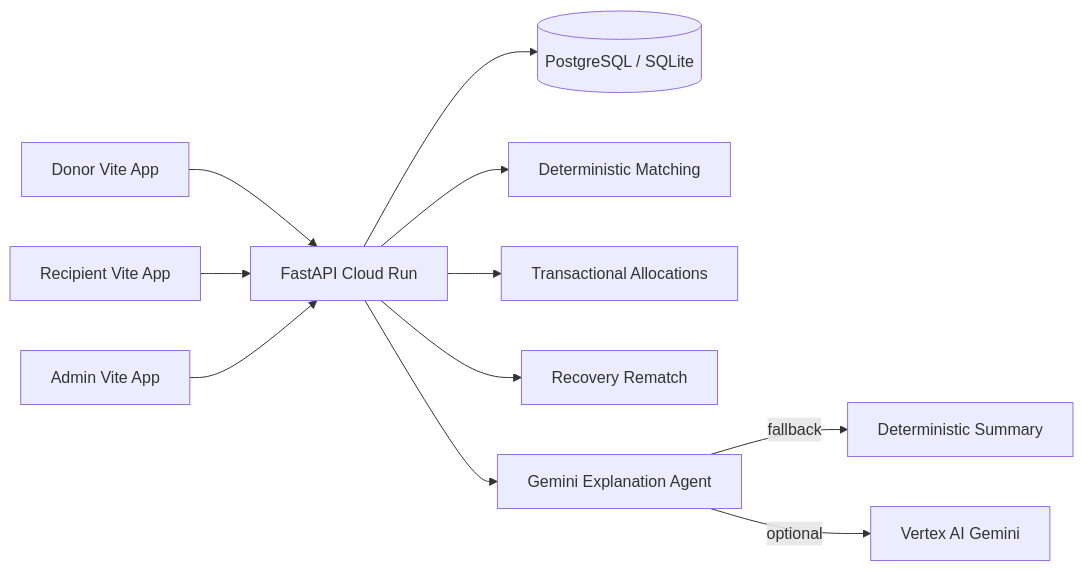
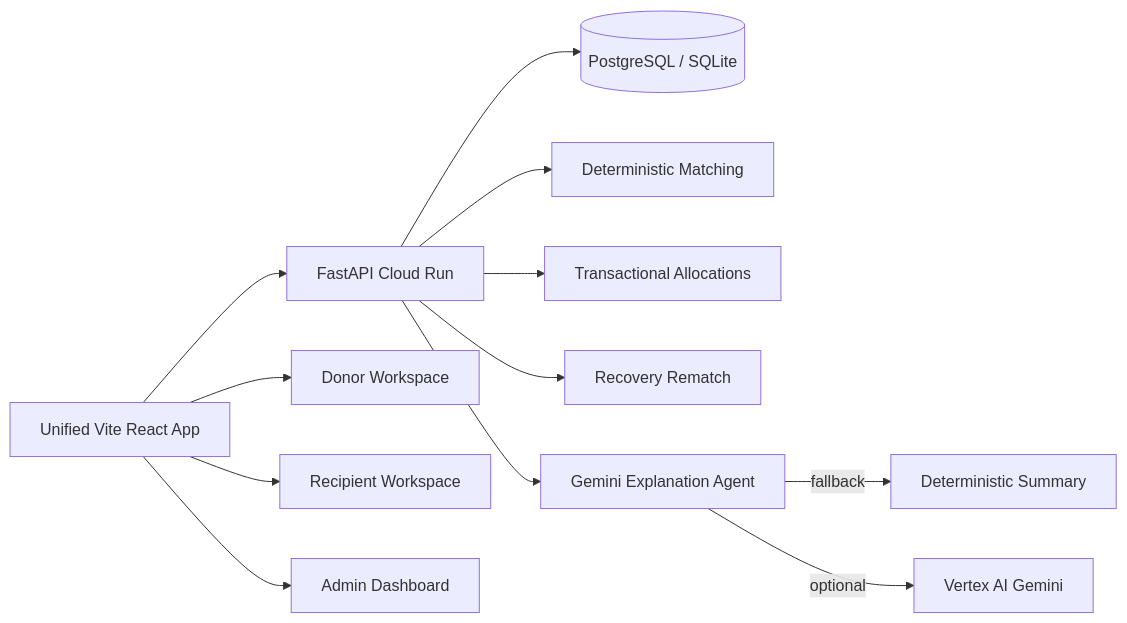
One commit to murali7032/RescueFlow-AI changed the diagram in docs/ARCHITECTURE.md. Above: the diagram before and after it, drawn with Mermaid. The commit also changed other lines of this file and 56 other files, not shown here.

````diff
--- a/docs/ARCHITECTURE.md
+++ b/docs/ARCHITECTURE.md
@@ -5,13 +5,14 @@
 ```mermaid
 flowchart LR
-  DonorUI[Donor Vite App] --> API[FastAPI Cloud Run]
-  RecipientUI[Recipient Vite App] --> API
-  AdminUI[Admin Vite App] --> API
+  WebUI[Unified Vite React App] --> API[FastAPI Cloud Run]
+  WebUI --> Donor[Donor Workspace]
+  WebUI --> Recipient[Recipient Workspace]
+  WebUI --> Admin[Admin Dashboard]
   API --> DB[(PostgreSQL / SQLite)]
   API --> Match[Deterministic Matching]
   API --> Alloc[Transactional Allocations]
   API --> Recovery[Recovery Rematch]
   API --> Agent[Gemini Explanation Agent]
   Agent -->|fallback| LocalExplain[Deterministic Summary]
   Agent -->|optional| Vertex[Vertex AI Gemini]
 ```
````
